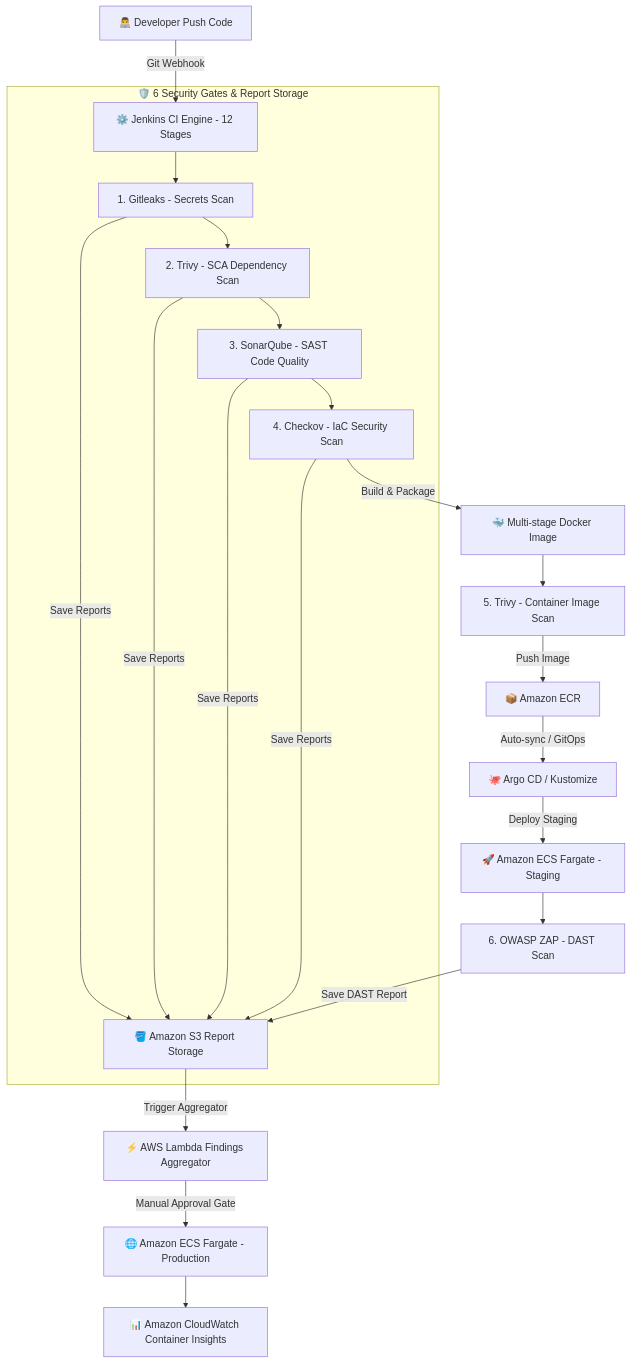
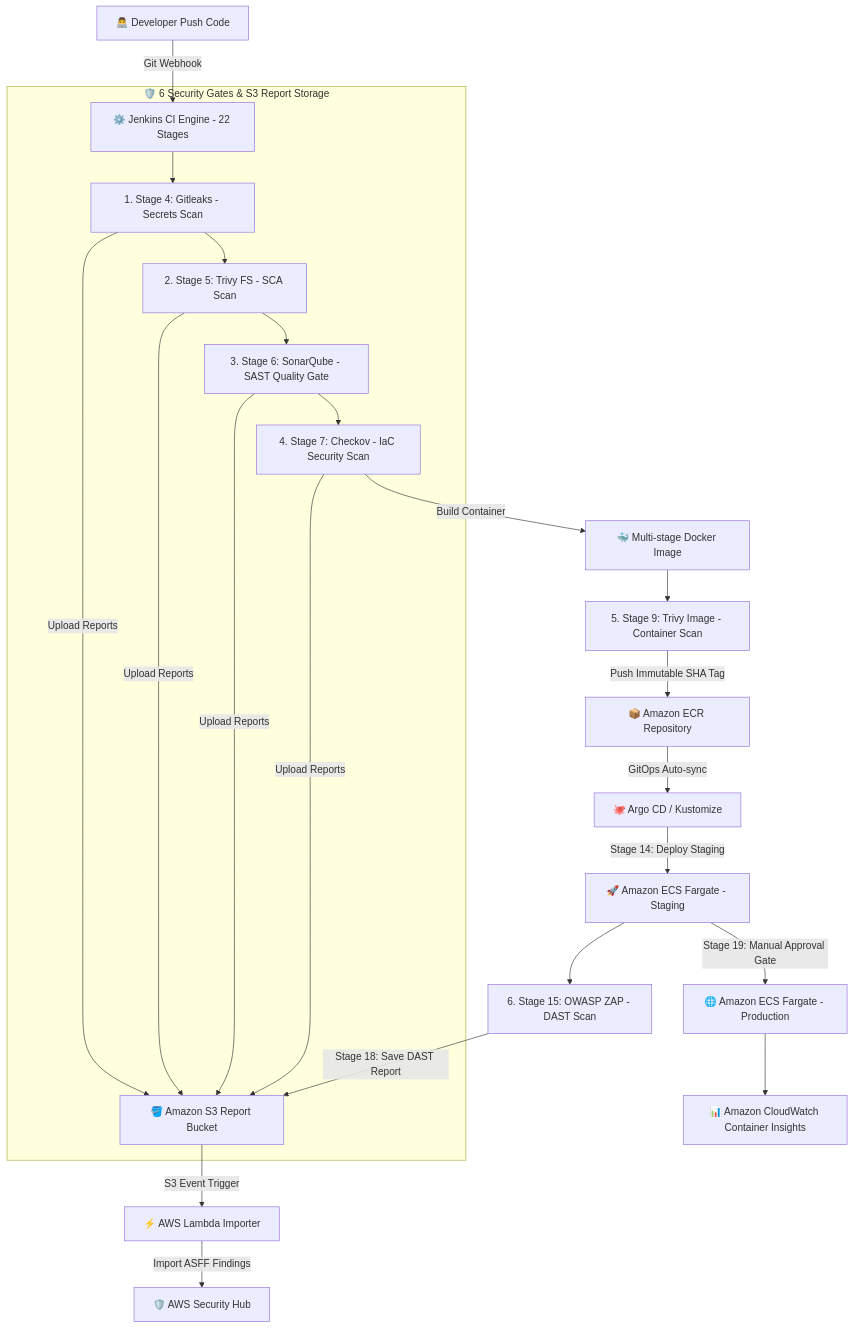
The diagram in README.md (namcris07/aws-fcaj-report), drawn with Mermaid before and after one commit. The commit also changed other lines of this file and 26 other files, not shown here.

Commit message:
feat: add comprehensive workshop content covering ECS deployment, verification, security testing, and project structure

````diff
--- a/README.md
+++ b/README.md
@@ -37,26 +37,27 @@
 ```mermaid
 flowchart TD
-    A[👨‍💻 Developer Push Code] -->|Git Webhook| B[⚙️ Jenkins CI Engine - 12 Stages]
+    A[👨‍💻 Developer Push Code] -->|Git Webhook| B[⚙️ Jenkins CI Engine - 22 Stages]
     
-    subgraph Security_Gates [🛡️ 6 Security Gates & Report Storage]
-        B --> C1[1. Gitleaks - Secrets Scan]
-        C1 --> C2[2. Trivy - SCA Dependency Scan]
-        C2 --> C3[3. SonarQube - SAST Code Quality]
-        C3 --> C4[4. Checkov - IaC Security Scan]
-        C1 & C2 & C3 & C4 -->|Save Reports| S3[🪣 Amazon S3 Report Storage]
+    subgraph Security_Gates [🛡️ 6 Security Gates & S3 Report Storage]
+        B --> C1[1. Stage 4: Gitleaks - Secrets Scan]
+        C1 --> C2[2. Stage 5: Trivy FS - SCA Scan]
+        C2 --> C3[3. Stage 6: SonarQube - SAST Quality Gate]
+        C3 --> C4[4. Stage 7: Checkov - IaC Security Scan]
+        C1 & C2 & C3 & C4 -->|Upload Reports| S3[🪣 Amazon S3 Report Bucket]
     end
 
-    C4 -->|Build & Package| D[🐳 Multi-stage Docker Image]
-    D --> C5[5. Trivy - Container Image Scan]
-    C5 -->|Push Image| E[📦 Amazon ECR]
+    C4 -->|Build Container| D[🐳 Multi-stage Docker Image]
+    D --> C5[5. Stage 9: Trivy Image - Container Scan]
+    C5 -->|Push Immutable SHA Tag| E[📦 Amazon ECR Repository]
 
-    E -->|Auto-sync / GitOps| F[🐙 Argo CD / Kustomize]
-    F -->|Deploy Staging| G[🚀 Amazon ECS Fargate - Staging]
+    E -->|GitOps Auto-sync| F[🐙 Argo CD / Kustomize]
+    F -->|Stage 14: Deploy Staging| G[🚀 Amazon ECS Fargate - Staging]
 
-    G --> C6[6. OWASP ZAP - DAST Scan]
-    C6 -->|Save DAST Report| S3
-    S3 -->|Trigger Aggregator| L[⚡ AWS Lambda Findings Aggregator]
+    G --> C6[6. Stage 15: OWASP ZAP - DAST Scan]
+    C6 -->|Stage 18: Save DAST Report| S3
+    S3 -->|S3 Event Trigger| L[⚡ AWS Lambda Importer]
+    L -->|Import ASFF Findings| SH[🛡️ AWS Security Hub]
 
-    L -->|Manual Approval Gate| H[🌐 Amazon ECS Fargate - Production]
+    G -->|Stage 19: Manual Approval Gate| H[🌐 Amazon ECS Fargate - Production]
     H --> I[📊 Amazon CloudWatch Container Insights]
 ```
````
